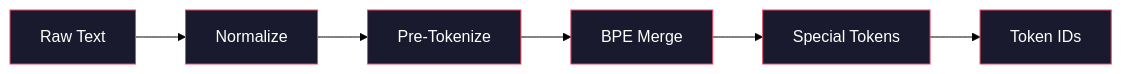
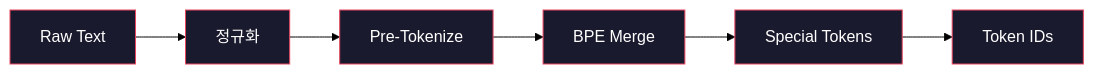
Before and after one commit to ChoBazzi/ai-engineering-from-scratch: the diagram in phases/10-llms-from-scratch/02-building-a-tokenizer/docs/en.md, drawn with Mermaid (forest theme). The commit also changed other lines of this file and 868 other files, not shown here.

````diff
--- a/phases/10-llms-from-scratch/02-building-a-tokenizer/docs/en.md
+++ b/phases/10-llms-from-scratch/02-building-a-tokenizer/docs/en.md
@@ -35,15 +35,15 @@
 ```mermaid
 graph LR
-    A[Raw Text] --> B[Normalize]
+    A[Raw Text] --> B[정규화]
     B --> C[Pre-Tokenize]
     C --> D[BPE Merge]
     D --> E[Special Tokens]
     E --> F[Token IDs]
 
     style A fill:#1a1a2e,stroke:#e94560,color:#fff
     style B fill:#1a1a2e,stroke:#e94560,color:#fff
     style C fill:#1a1a2e,stroke:#e94560,color:#fff
     style D fill:#1a1a2e,stroke:#e94560,color:#fff
     style E fill:#1a1a2e,stroke:#e94560,color:#fff
     style F fill:#1a1a2e,stroke:#e94560,color:#fff
 ```
````
